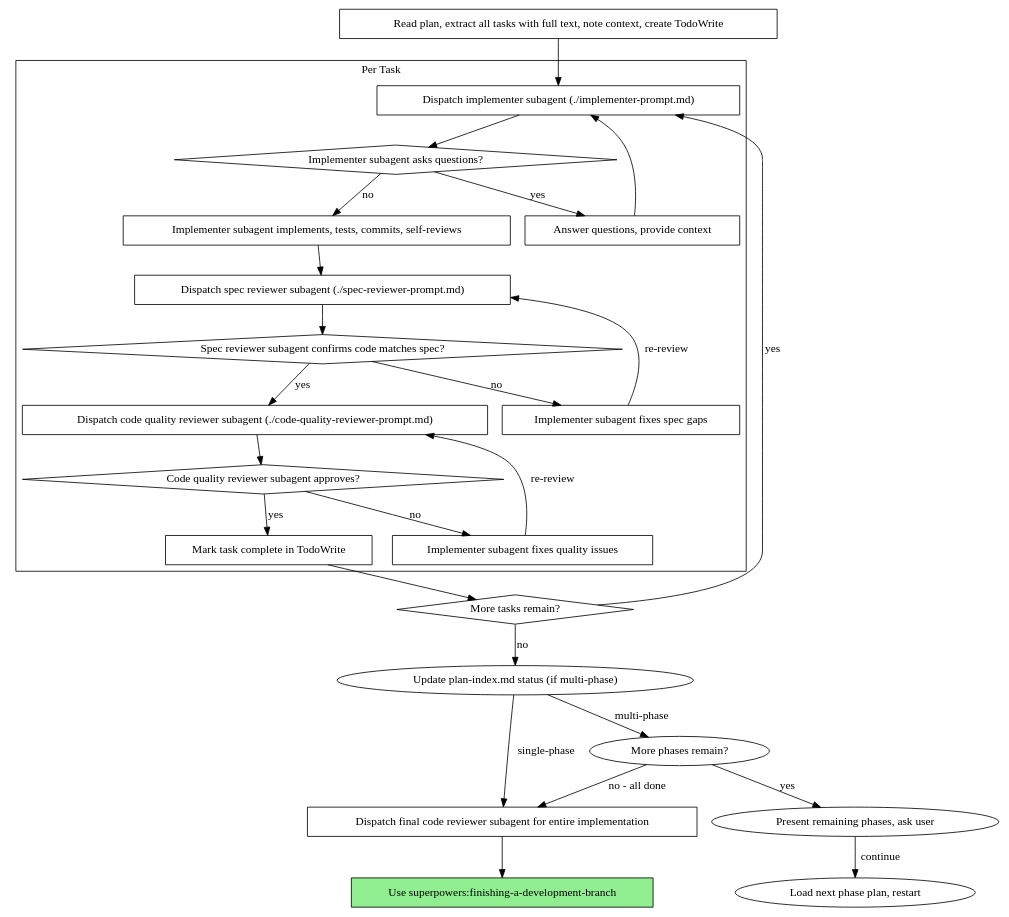
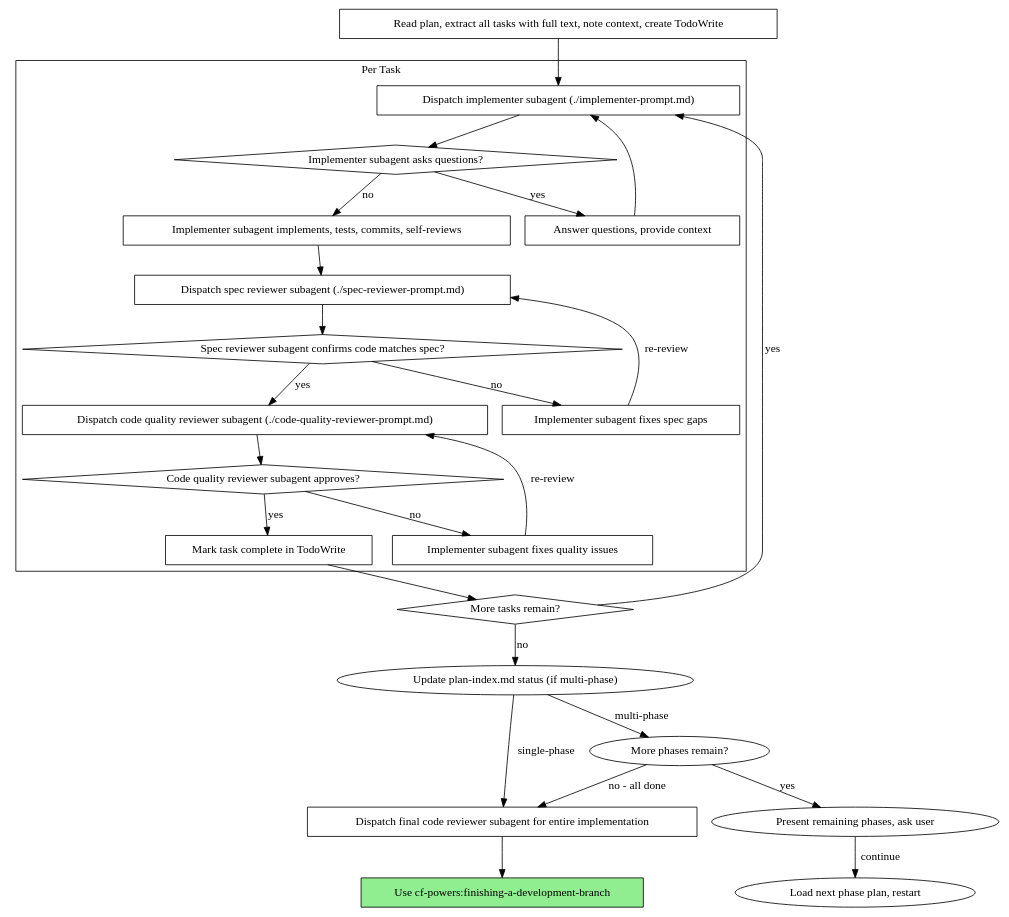
Before and after one commit to cloudfieldcz/cf-powers: the second of 2 diagrams in skills/subagent-driven-development/SKILL.md, drawn with Graphviz. The commit also changed other lines of this file and 18 other files, not shown here.

````diff
--- a/skills/subagent-driven-development/SKILL.md
+++ b/skills/subagent-driven-development/SKILL.md
@@ -40,49 +40,49 @@
 ```dot
 digraph process {
     rankdir=TB;
 
     subgraph cluster_per_task {
         label="Per Task";
         "Dispatch implementer subagent (./implementer-prompt.md)" [shape=box];
         "Implementer subagent asks questions?" [shape=diamond];
         "Answer questions, provide context" [shape=box];
         "Implementer subagent implements, tests, commits, self-reviews" [shape=box];
         "Dispatch spec reviewer subagent (./spec-reviewer-prompt.md)" [shape=box];
         "Spec reviewer subagent confirms code matches spec?" [shape=diamond];
         "Implementer subagent fixes spec gaps" [shape=box];
         "Dispatch code quality reviewer subagent (./code-quality-reviewer-prompt.md)" [shape=box];
         "Code quality reviewer subagent approves?" [shape=diamond];
         "Implementer subagent fixes quality issues" [shape=box];
         "Mark task complete in TodoWrite" [shape=box];
     }
 
     "Read plan, extract all tasks with full text, note context, create TodoWrite" [shape=box];
     "More tasks remain?" [shape=diamond];
     "Dispatch final code reviewer subagent for entire implementation" [shape=box];
-    "Use superpowers:finishing-a-development-branch" [shape=box style=filled fillcolor=lightgreen];
+    "Use cf-powers:finishing-a-development-branch" [shape=box style=filled fillcolor=lightgreen];
 
     "Read plan, extract all tasks with full text, note context, create TodoWrite" -> "Dispatch implementer subagent (./implementer-prompt.md)";
     "Dispatch implementer subagent (./implementer-prompt.md)" -> "Implementer subagent asks questions?";
     "Implementer subagent asks questions?" -> "Answer questions, provide context" [label="yes"];
     "Answer questions, provide context" -> "Dispatch implementer subagent (./implementer-prompt.md)";
     "Implementer subagent asks questions?" -> "Implementer subagent implements, tests, commits, self-reviews" [label="no"];
     "Implementer subagent implements, tests, commits, self-reviews" -> "Dispatch spec reviewer subagent (./spec-reviewer-prompt.md)";
     "Dispatch spec reviewer subagent (./spec-reviewer-prompt.md)" -> "Spec reviewer subagent confirms code matches spec?";
     "Spec reviewer subagent confirms code matches spec?" -> "Implementer subagent fixes spec gaps" [label="no"];
     "Implementer subagent fixes spec gaps" -> "Dispatch spec reviewer subagent (./spec-reviewer-prompt.md)" [label="re-review"];
     "Spec reviewer subagent confirms code matches spec?" -> "Dispatch code quality reviewer subagent (./code-quality-reviewer-prompt.md)" [label="yes"];
     "Dispatch code quality reviewer subagent (./code-quality-reviewer-prompt.md)" -> "Code quality reviewer subagent approves?";
     "Code quality reviewer subagent approves?" -> "Implementer subagent fixes quality issues" [label="no"];
     "Implementer subagent fixes quality issues" -> "Dispatch code quality reviewer subagent (./code-quality-reviewer-prompt.md)" [label="re-review"];
     "Code quality reviewer subagent approves?" -> "Mark task complete in TodoWrite" [label="yes"];
     "Mark task complete in TodoWrite" -> "More tasks remain?";
     "More tasks remain?" -> "Dispatch implementer subagent (./implementer-prompt.md)" [label="yes"];
     "More tasks remain?" -> "Update plan-index.md status (if multi-phase)" [label="no"];
     "Update plan-index.md status (if multi-phase)" -> "More phases remain?" [label="multi-phase"];
     "Update plan-index.md status (if multi-phase)" -> "Dispatch final code reviewer subagent for entire implementation" [label="single-phase"];
     "More phases remain?" -> "Present remaining phases, ask user" [label="yes"];
     "Present remaining phases, ask user" -> "Load next phase plan, restart" [label="continue"];
     "More phases remain?" -> "Dispatch final code reviewer subagent for entire implementation" [label="no - all done"];
-    "Dispatch final code reviewer subagent for entire implementation" -> "Use superpowers:finishing-a-development-branch";
+    "Dispatch final code reviewer subagent for entire implementation" -> "Use cf-powers:finishing-a-development-branch";
 }
 ```
````
